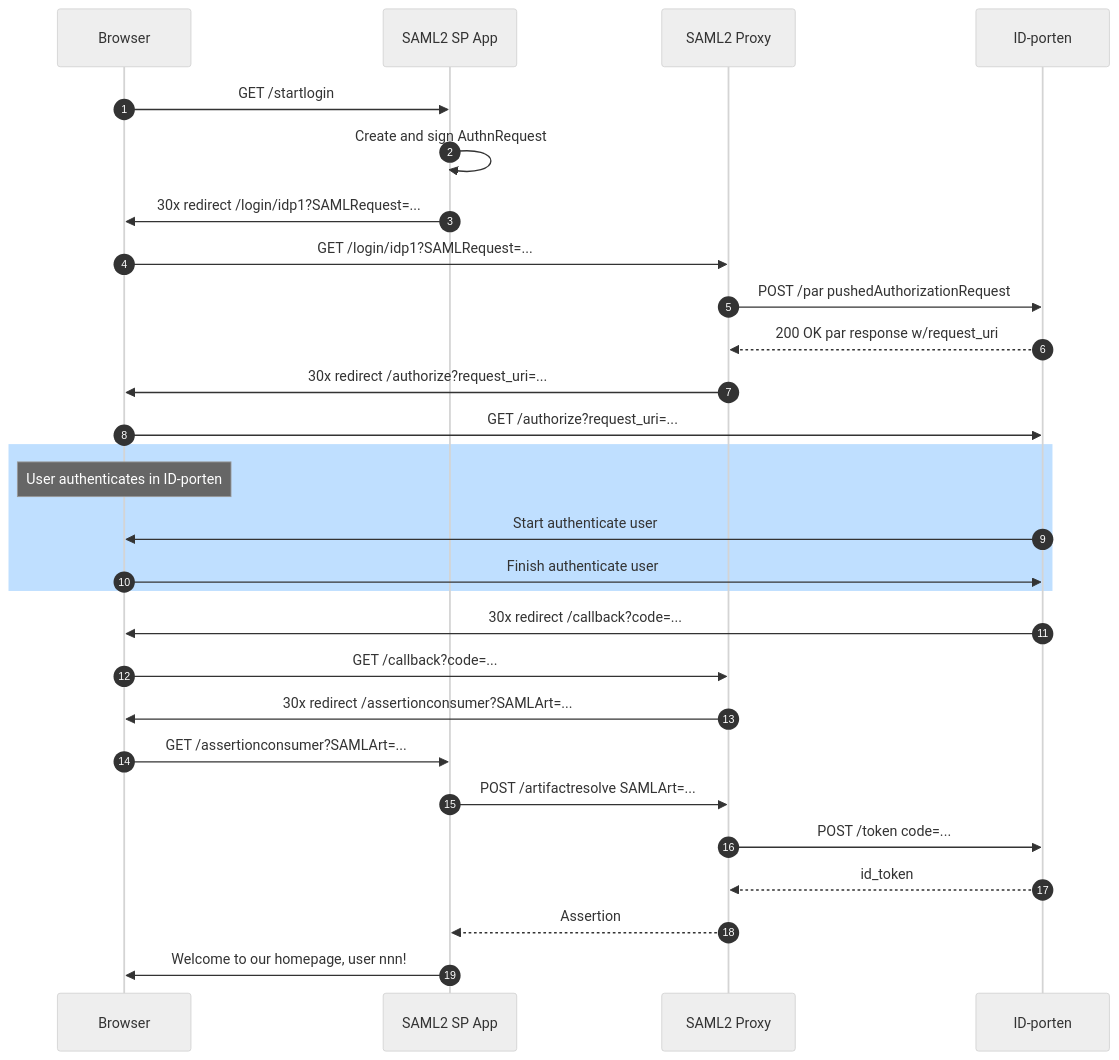
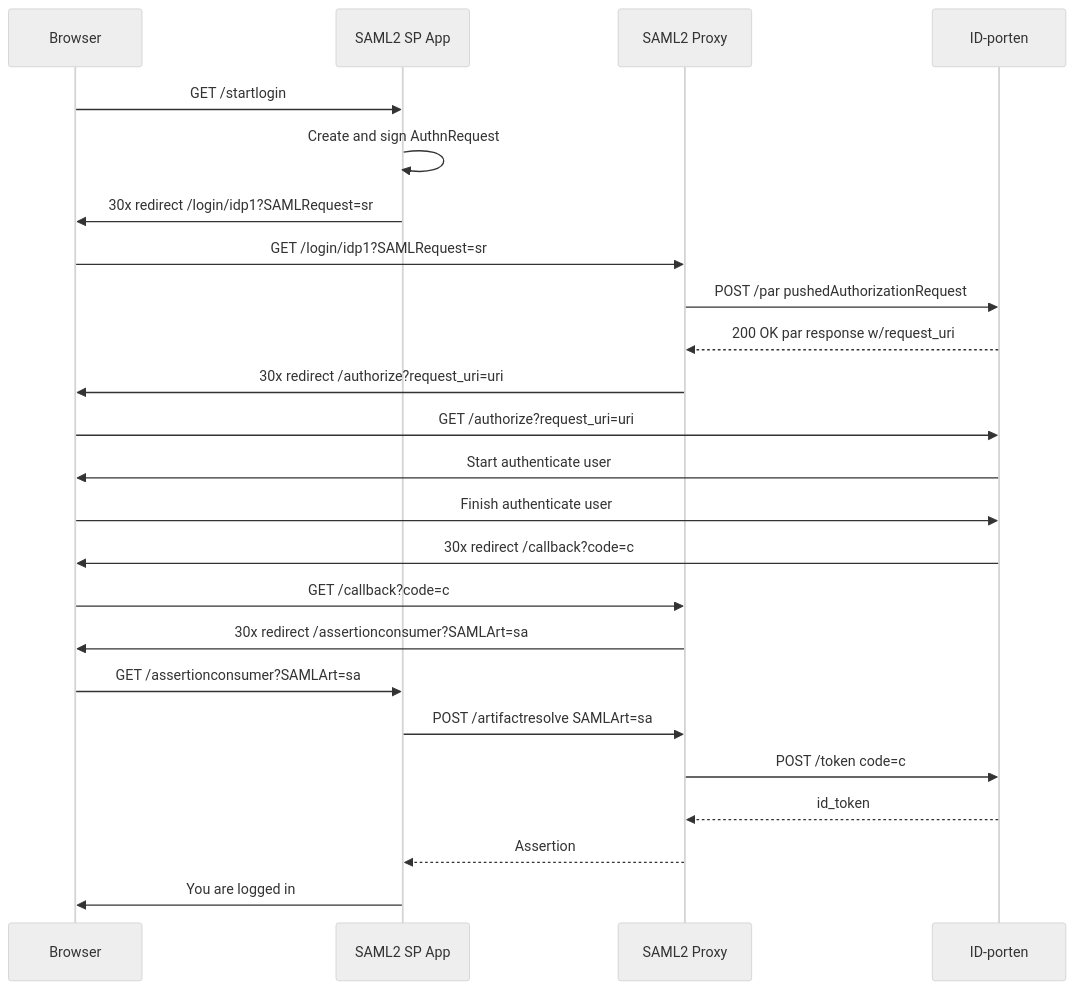
One commit to felleslosninger/docs changed the second of 2 diagrams in _docs/idporten/oidc/oidc_func_saml.md. Above: the diagram before and after it, drawn with Mermaid (neutral theme).

Commit message:
Update oidc_func_saml.md
Forsøk visning sekvensdiagram

```diff
--- a/_docs/idporten/oidc/oidc_func_saml.md
+++ b/_docs/idporten/oidc/oidc_func_saml.md
@@ -40,32 +40,22 @@
 <div class="mermaid">
 sequenceDiagram
-autonumber
-    participant Browser
-    participant SAML2 SP App
-    participant SAML2 Proxy
-    participant ID-porten
     Browser ->> SAML2 SP App: GET /startlogin
     SAML2 SP App ->> SAML2 SP App: Create and sign AuthnRequest
-    SAML2 SP App ->> Browser: 30x redirect /login/idp1?SAMLRequest=...
-    Browser ->> SAML2 Proxy: GET /login/idp1?SAMLRequest=...
+    SAML2 SP App ->> Browser: 30x redirect /login/idp1?SAMLRequest=sr
+    Browser ->> SAML2 Proxy: GET /login/idp1?SAMLRequest=sr
     SAML2 Proxy ->> ID-porten: POST /par pushedAuthorizationRequest
     ID-porten -->> SAML2 Proxy: 200 OK par response w/request_uri
-    SAML2 Proxy ->> Browser: 30x redirect /authorize?request_uri=...
-    Browser ->> ID-porten: GET /authorize?request_uri=...
-
-    rect rgb(191, 223, 255)
-    Note over Browser: User authenticates in ID-porten
+    SAML2 Proxy ->> Browser: 30x redirect /authorize?request_uri=uri
+    Browser ->> ID-porten: GET /authorize?request_uri=uri
     ID-porten ->> Browser: Start authenticate user
     Browser ->> ID-porten: Finish authenticate user
-    end
-
-    ID-porten ->> Browser: 30x redirect /callback?code=...
-    Browser ->> SAML2 Proxy: GET /callback?code=...
-    SAML2 Proxy ->> Browser: 30x redirect /assertionconsumer?SAMLArt=...
-    Browser ->> SAML2 SP App: GET /assertionconsumer?SAMLArt=...
-    SAML2 SP App ->> SAML2 Proxy: POST /artifactresolve SAMLArt=...
-    SAML2 Proxy ->> ID-porten: POST /token code=...
+    ID-porten ->> Browser: 30x redirect /callback?code=c
+    Browser ->> SAML2 Proxy: GET /callback?code=c
+    SAML2 Proxy ->> Browser: 30x redirect /assertionconsumer?SAMLArt=sa
+    Browser ->> SAML2 SP App: GET /assertionconsumer?SAMLArt=sa
+    SAML2 SP App ->> SAML2 Proxy: POST /artifactresolve SAMLArt=sa
+    SAML2 Proxy ->> ID-porten: POST /token code=c
     ID-porten -->> SAML2 Proxy: id_token
     SAML2 Proxy -->> SAML2 SP App: Assertion
-    SAML2 SP App ->> Browser: Welcome to our homepage, user nnn!
+    SAML2 SP App ->> Browser: You are logged in
 </div>
```
